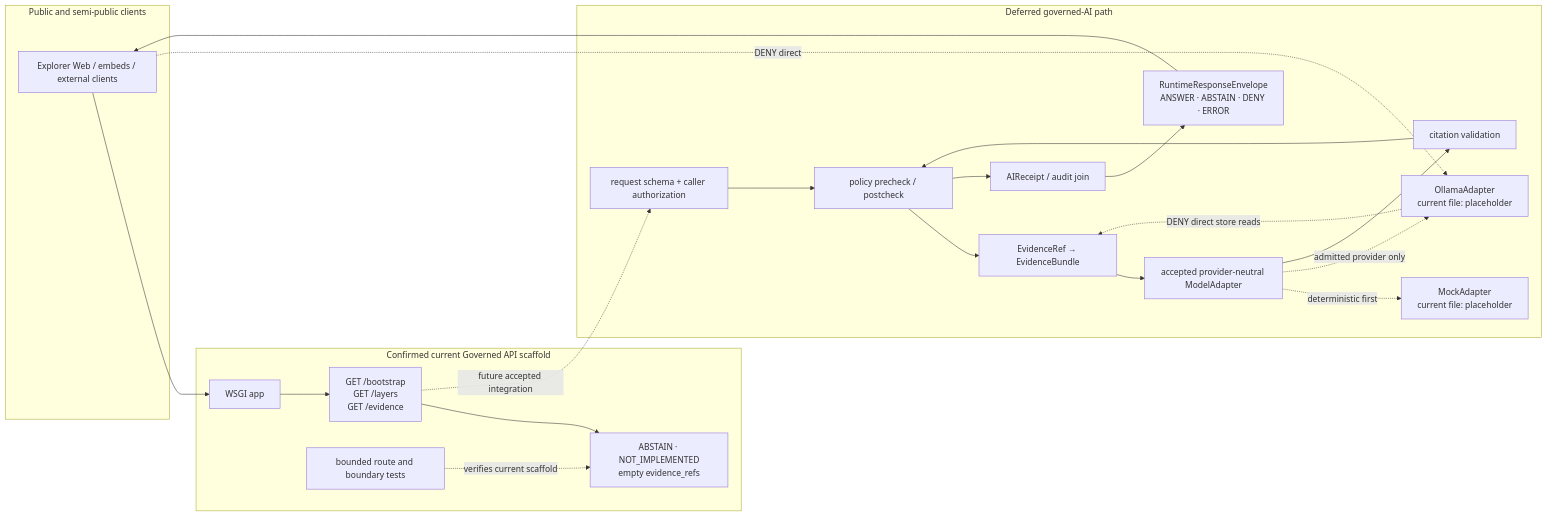
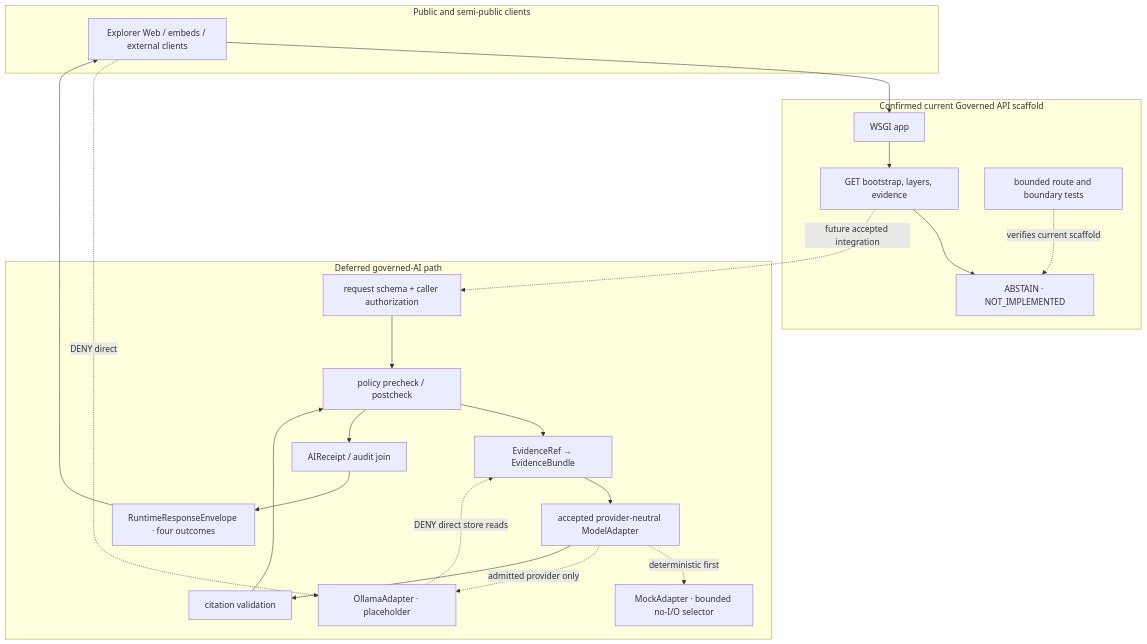
The diagram in docs/adr/ADR-0008-ollama-subordinate-to-governed-api.md (bartytime4life/Kansas-Frontier-Matrix), drawn with Mermaid before and after one commit. The commit also changed other lines of this file, not shown here.

Commit message:
docs(adr): reconcile Ollama governance evidence

````diff
--- a/docs/adr/ADR-0008-ollama-subordinate-to-governed-api.md
+++ b/docs/adr/ADR-0008-ollama-subordinate-to-governed-api.md
@@ -357,38 +376,38 @@
 ```mermaid
-flowchart LR
+flowchart TB
   subgraph CLIENTS["Public and semi-public clients"]
     WEB["Explorer Web / embeds / external clients"]
   end
 
   subgraph CURRENT["Confirmed current Governed API scaffold"]
     WSGI["WSGI app"]
-    ROUTES["GET /bootstrap<br/>GET /layers<br/>GET /evidence"]
-    STUB["ABSTAIN · NOT_IMPLEMENTED<br/>empty evidence_refs"]
+    ROUTES["GET bootstrap, layers, evidence"]
+    STUB["ABSTAIN · NOT_IMPLEMENTED"]
     API_TEST["bounded route and boundary tests"]
   end
 
   subgraph PROPOSED["Deferred governed-AI path"]
     AUTH["request schema + caller authorization"]
     POLICY["policy precheck / postcheck"]
     EVIDENCE["EvidenceRef → EvidenceBundle"]
     ADAPTER["accepted provider-neutral ModelAdapter"]
-    MOCK["MockAdapter<br/>current file: placeholder"]
-    OLLAMA["OllamaAdapter<br/>current file: placeholder"]
+    MOCK["MockAdapter · bounded no-I/O selector"]
+    OLLAMA["OllamaAdapter · placeholder"]
     CITE["citation validation"]
     RECEIPT["AIReceipt / audit join"]
-    RESPONSE["RuntimeResponseEnvelope<br/>ANSWER · ABSTAIN · DENY · ERROR"]
+    RESPONSE["RuntimeResponseEnvelope · four outcomes"]
   end
 
   WEB --> WSGI --> ROUTES --> STUB
   API_TEST -. verifies current scaffold .-> STUB
 
   ROUTES -. future accepted integration .-> AUTH
   AUTH --> POLICY --> EVIDENCE --> ADAPTER
   ADAPTER -. deterministic first .-> MOCK
   ADAPTER -. admitted provider only .-> OLLAMA
   ADAPTER --> CITE --> POLICY --> RECEIPT --> RESPONSE
   RESPONSE --> WEB
 
   WEB -. "DENY direct" .-> OLLAMA
   OLLAMA -. "DENY direct store reads" .-> EVIDENCE
 ```
````
